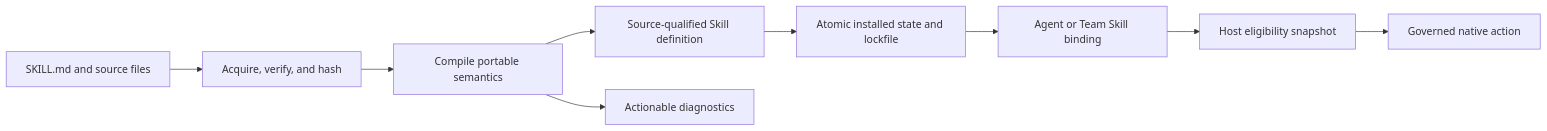
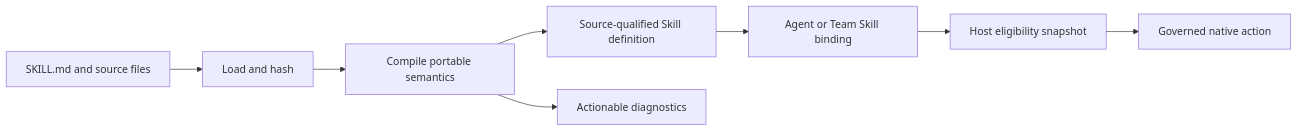
Before and after one commit to axiom-studio/openseal: the diagram in docs/dev-docs/skills/openclaw-compatibility.md, drawn with Mermaid. The commit also changed other lines of this file and 57 other files, not shown here.

````diff
--- a/docs/dev-docs/skills/openclaw-compatibility.md
+++ b/docs/dev-docs/skills/openclaw-compatibility.md
@@ -8,11 +8,10 @@
 ```mermaid
 flowchart LR
-    Source[SKILL.md and source files] --> Verify[Acquire, verify, and hash]
-    Verify --> Compile[Compile portable semantics]
+    Source[SKILL.md and source files] --> Hash[Load and hash]
+    Hash --> Compile[Compile portable semantics]
     Compile --> Definition[Source-qualified Skill definition]
     Compile --> Diagnostics[Actionable diagnostics]
-    Definition --> Install[Atomic installed state and lockfile]
-    Install --> Binding[Agent or Team Skill binding]
+    Definition --> Binding[Agent or Team Skill binding]
     Binding --> Activate[Host eligibility snapshot]
     Activate --> Execute[Governed native action]
 ```
````
